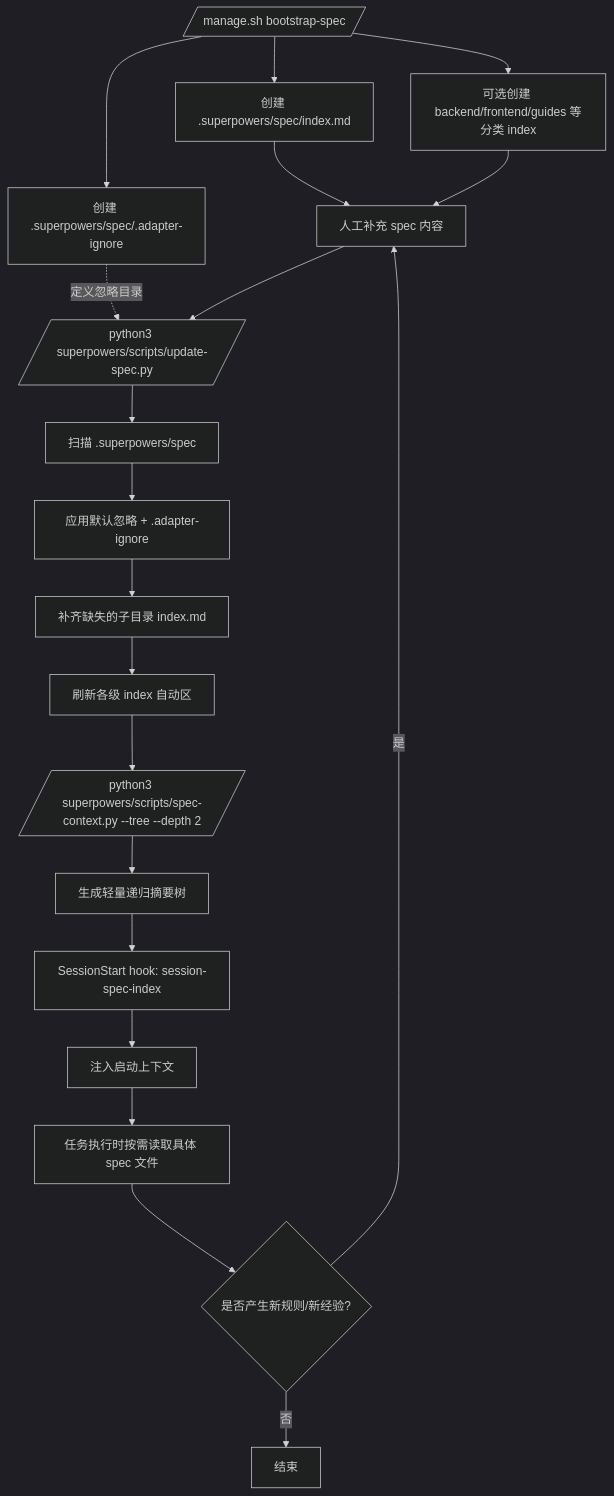
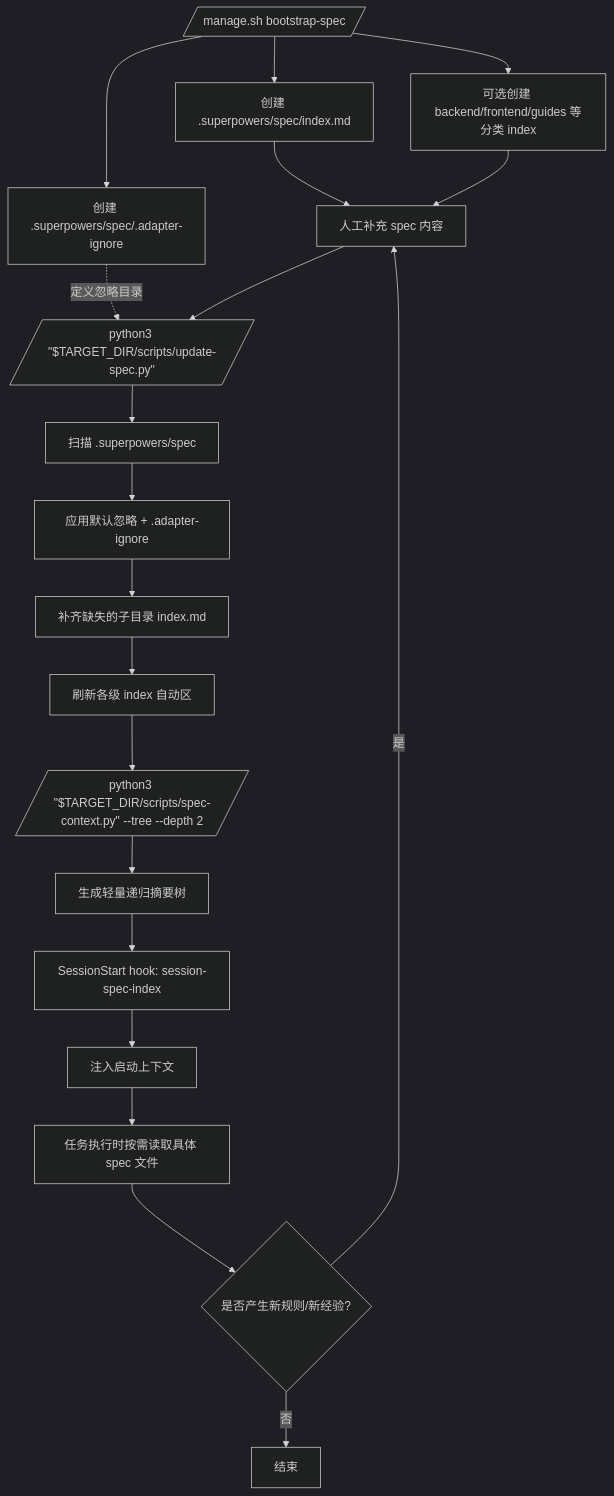
One commit to YWJ-hy/superpowers-spec-adapter changed the second of 2 diagrams in ADAPTER_INTEGRATION_CN.md. Above: the diagram before and after it, drawn with Mermaid (dark theme). The commit also changed other lines of this file and 17 other files, not shown here.

````diff
--- a/ADAPTER_INTEGRATION_CN.md
+++ b/ADAPTER_INTEGRATION_CN.md
@@ -460,26 +466,26 @@
 ```mermaid
 flowchart TD
     A[/manage.sh bootstrap-spec/] --> B[创建 .superpowers/spec/index.md]
     A --> C[创建 .superpowers/spec/.adapter-ignore]
     A --> D[可选创建 backend/frontend/guides 等分类 index]
 
     B --> E[人工补充 spec 内容]
     C -.定义忽略目录.-> F
     D --> E
 
-    E --> F[/python3 superpowers/scripts/update-spec.py/]
+    E --> F[/python3 "$TARGET_DIR/scripts/update-spec.py"/]
     F --> G[扫描 .superpowers/spec]
     G --> H[应用默认忽略 + .adapter-ignore]
     H --> I[补齐缺失的子目录 index.md]
     I --> J[刷新各级 index 自动区]
 
-    J --> K[/python3 superpowers/scripts/spec-context.py --tree --depth 2/]
+    J --> K[/python3 "$TARGET_DIR/scripts/spec-context.py" --tree --depth 2/]
     K --> L[生成轻量递归摘要树]
     L --> M[SessionStart hook: session-spec-index]
     M --> N[注入启动上下文]
     N --> O[任务执行时按需读取具体 spec 文件]
 
     O --> P{是否产生新规则/新经验?}
     P -->|是| E
     P -->|否| Q[结束]
 ```
````
